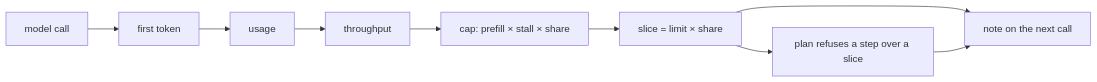
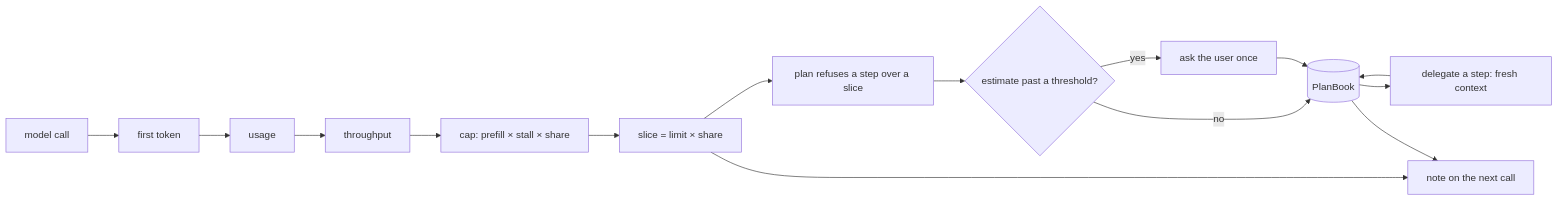
Before and after one commit to iamhaymc/agentic: the third of 5 diagrams in DESIGN.md, drawn with Mermaid. The commit also changed other lines of this file and 6 other files, not shown here.

````diff
--- a/DESIGN.md
+++ b/DESIGN.md
@@ -491,8 +526,14 @@
 ```mermaid
 flowchart LR
   C[model call] --> F[first token] --> U[usage] --> T[throughput]
   T --> K[cap: prefill × stall × share] --> L[slice = limit × share]
   L --> P[plan refuses a step over a slice]
+  P --> Q{estimate past a threshold?}
+  Q -- yes --> A[ask the user once]
+  Q -- no --> B[(PlanBook)]
+  A --> B
+  B --> D[delegate a step: fresh context]
+  D --> B
   L --> N[note on the next call]
-  P --> N
+  B --> N
 ```
````
